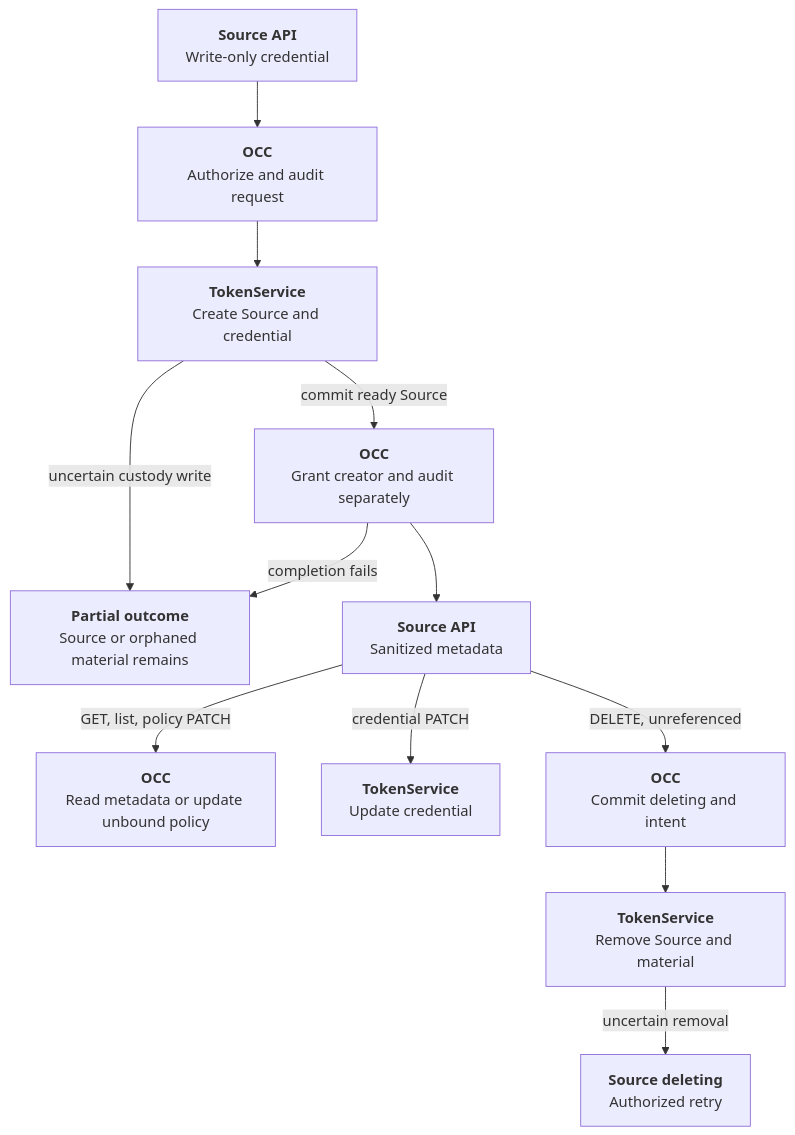
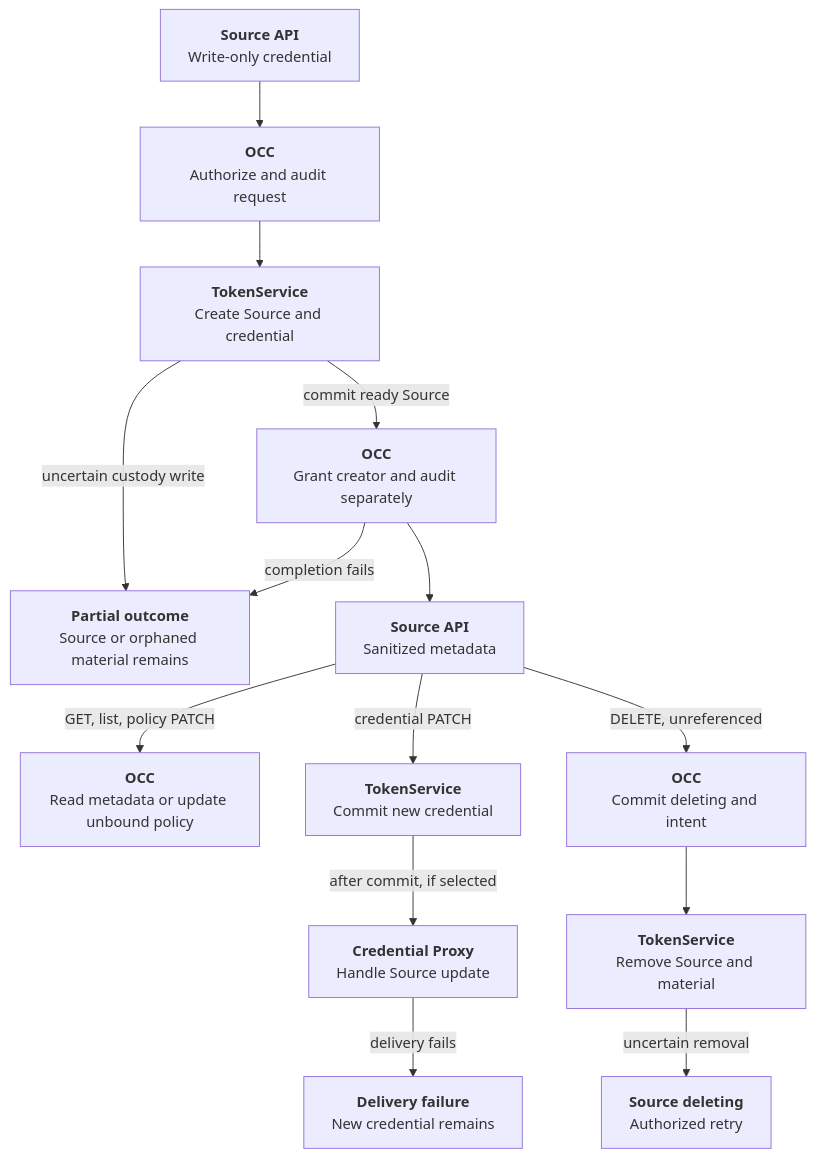
Before and after one commit to openclaw/openclaw-enterprise: the diagram in docs/flows/token-service-static-custody.md, drawn with Mermaid. The commit also changed other lines of this file and 21 other files, not shown here.

````diff
--- a/docs/flows/token-service-static-custody.md
+++ b/docs/flows/token-service-static-custody.md
@@ -24,14 +24,16 @@
 ```mermaid
 graph TD
   A["<b>Source API</b><br/>Write-only credential"] --> B["<b>OCC</b><br/>Authorize and audit request"]
   B --> C["<b>TokenService</b><br/>Create Source and credential"]
   C -->|commit ready Source| D["<b>OCC</b><br/>Grant creator and audit separately"]
   C -->|uncertain custody write| E["<b>Partial outcome</b><br/>Source or orphaned material remains"]
   D --> F["<b>Source API</b><br/>Sanitized metadata"]
   D -->|completion fails| E
   F -->|GET, list, policy PATCH| J["<b>OCC</b><br/>Read metadata or update unbound policy"]
-  F -->|credential PATCH| G["<b>TokenService</b><br/>Update credential"]
+  F -->|credential PATCH| G["<b>TokenService</b><br/>Commit new credential"]
+  G -->|after commit, if selected| L["<b>Credential Proxy</b><br/>Handle Source update"]
+  L -->|delivery fails| M["<b>Delivery failure</b><br/>New credential remains"]
   F -->|DELETE, unreferenced| K["<b>OCC</b><br/>Commit deleting and intent"]
   K --> H["<b>TokenService</b><br/>Remove Source and material"]
   H -->|uncertain removal| I["<b>Source deleting</b><br/>Authorized retry"]
 ```
````
